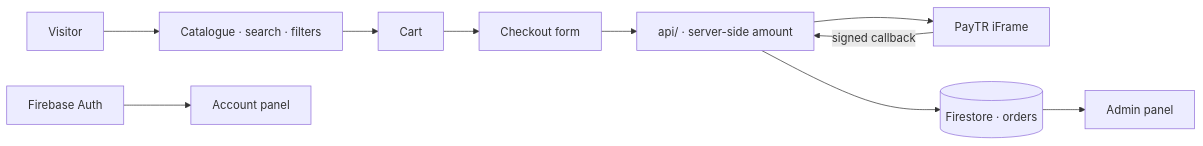
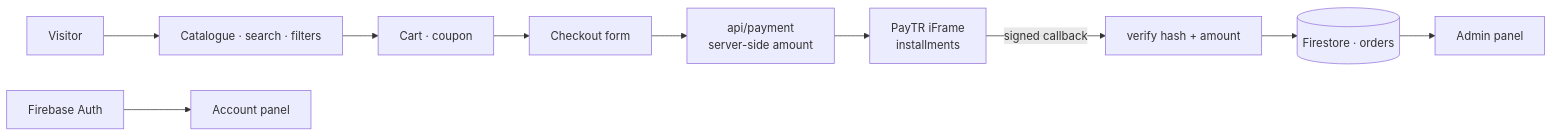
Before and after one commit to kutluhangil/efemiletisim.com: the diagram in README.md, drawn with Mermaid. The commit also changed other lines of this file and 3 other files, not shown here.

````diff
--- a/README.md
+++ b/README.md
@@ -44,9 +58,9 @@
 ```mermaid
 flowchart LR
   V[Visitor] --> CAT[Catalogue · search · filters]
-  CAT --> CART[Cart] --> CO[Checkout form]
-  CO --> API[api/ · server-side amount] --> PT[PayTR iFrame]
-  PT -- signed callback --> API --> FS[(Firestore · orders)]
+  CAT --> CART[Cart · coupon] --> CO[Checkout form]
+  CO --> API[api/payment<br/>server-side amount] --> PT[PayTR iFrame<br/>installments]
+  PT -- signed callback --> CB[verify hash + amount] --> FS[(Firestore · orders)]
   AUTH[Firebase Auth] --> ACC[Account panel]
   FS --> ADM[Admin panel]
 ```
````
